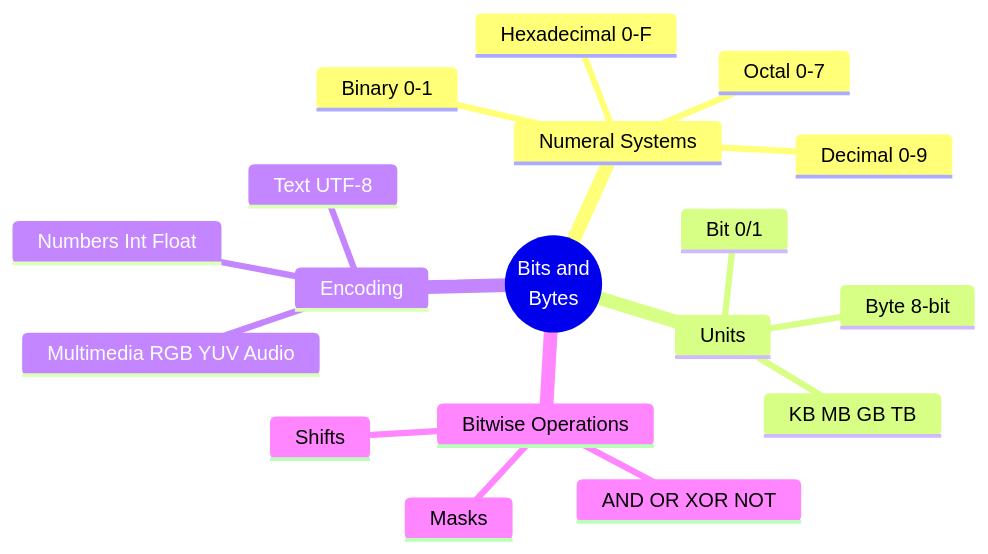
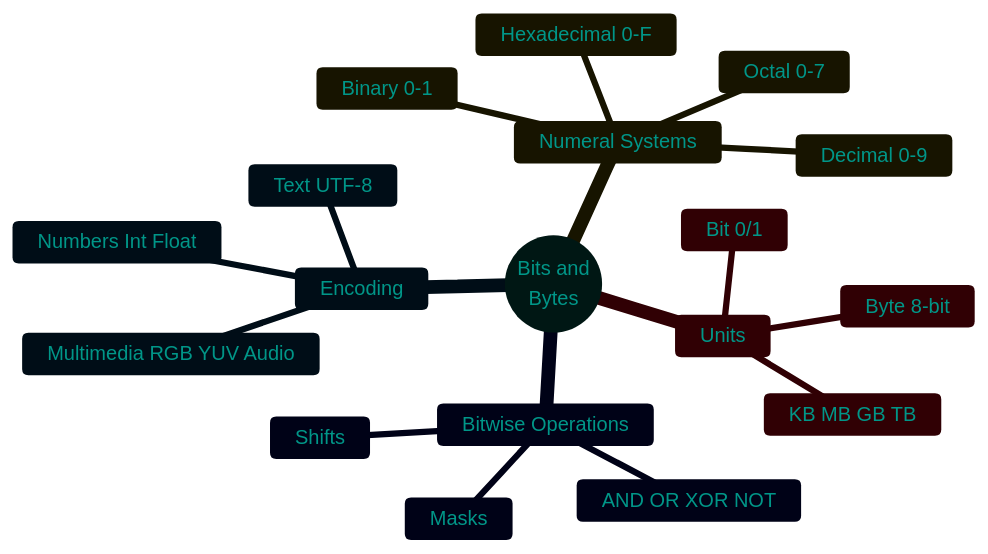
One commit to IBraveMonkey/data_structure-algorithms changed the fourth of 4 diagrams in eng/computer_science/00_computer_basics/2.Bits_Bytes_and_Numeral_Systems.md. Above: the diagram before and after it, drawn with Mermaid. The commit also changed other lines of this file and 772 other files, not shown here.

````diff
--- a/eng/computer_science/00_computer_basics/2.Bits_Bytes_and_Numeral_Systems.md
+++ b/eng/computer_science/00_computer_basics/2.Bits_Bytes_and_Numeral_Systems.md
@@ -212,21 +269,29 @@
 ```mermaid
+%%{init: { 'theme': 'base', 'themeVariables': { 'lineColor': '#009688', 'primaryColor': '#009688', 'primaryTextColor': '#009688', 'attributeBkg': '#009688', 'attributeTextColor': '#009688', 'signalColor': '#009688', 'actorLineColor': '#009688', 'nodeBorder': '#009688', 'clusterBorder': '#009688', 'textColor': '#009688', 'fontSize': '16px' } } }%%
 mindmap
   root((Bits and<br/>Bytes))
     Numeral Systems
       Binary 0-1
       Octal 0-7
       Decimal 0-9
       Hexadecimal 0-F
     Units
       Bit 0/1
       Byte 8-bit
       KB MB GB TB
     Encoding
       Numbers Int Float
       Text UTF-8
       Multimedia RGB YUV Audio
     Bitwise Operations
       AND OR XOR NOT
       Shifts
       Masks
+
+
+
+
+
+
+
 ```
````
